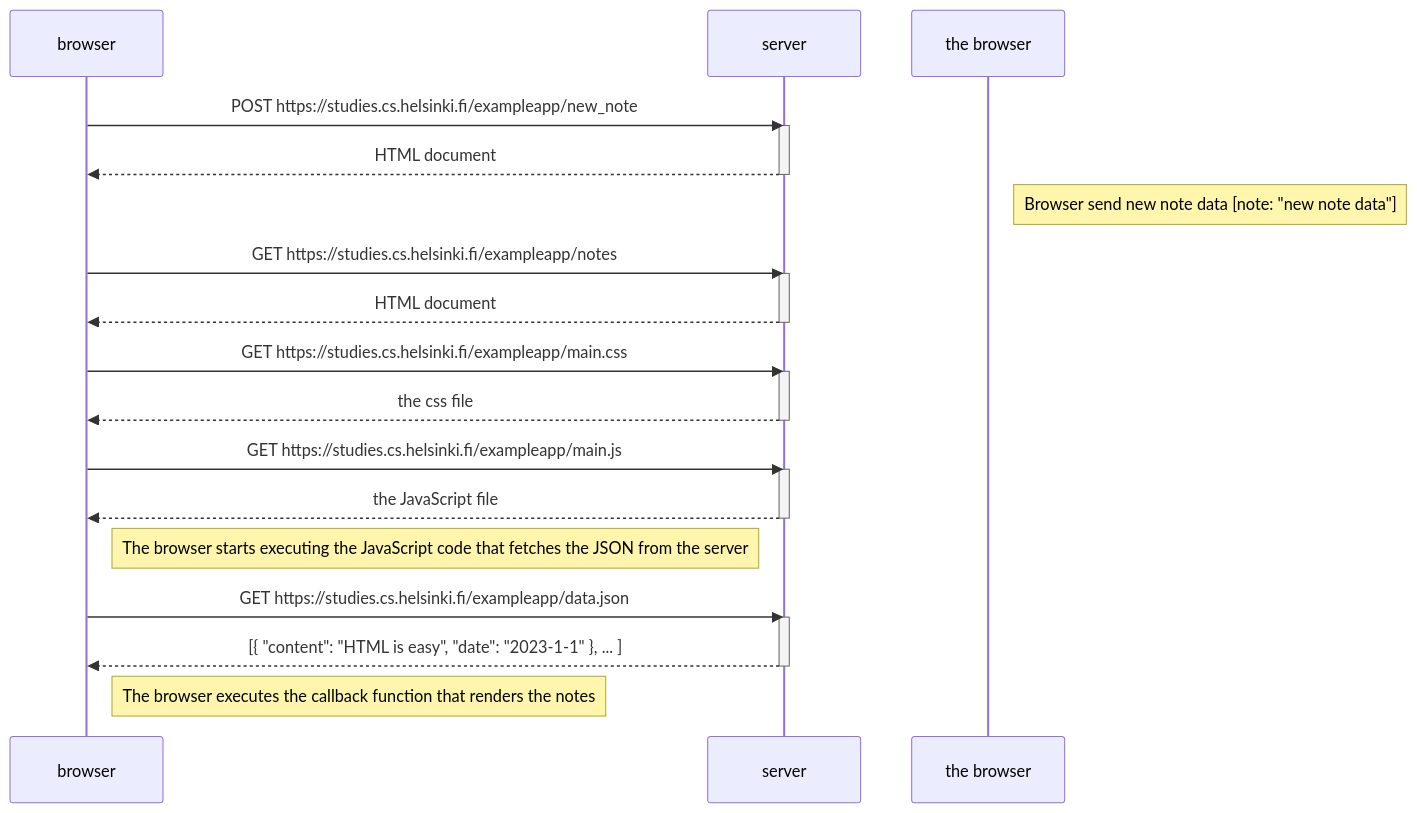
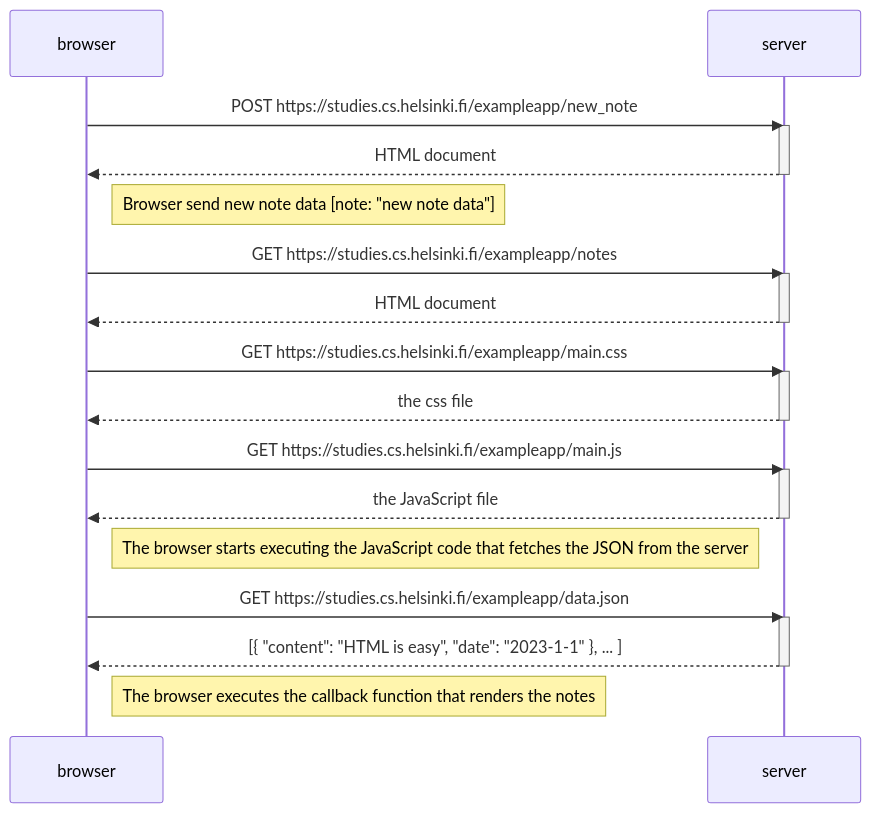
One commit to UmarakDestroyer/palautusrepositorio changed the diagram in README1.md. Above: the diagram before and after it, drawn with Mermaid.

````diff
--- a/README1.md
+++ b/README1.md
@@ -1,36 +1,36 @@
  ``` mermaid   
     sequenceDiagram
         participant browser
         participant server
         
         browser->>server: POST https://studies.cs.helsinki.fi/exampleapp/new_note
         activate server
         server-->>browser: HTML document
         deactivate server
 
-        Note right of the browser: Browser send new note data [note: "new note data"]
+        Note right of browser: Browser send new note data [note: "new note data"]
         
         browser->>server: GET https://studies.cs.helsinki.fi/exampleapp/notes
         activate server
         server-->>browser: HTML document
         deactivate server
         
         browser->>server: GET https://studies.cs.helsinki.fi/exampleapp/main.css
         activate server
         server-->>browser: the css file
         deactivate server
         
         browser->>server: GET https://studies.cs.helsinki.fi/exampleapp/main.js
         activate server
         server-->>browser: the JavaScript file
         deactivate server
         
         Note right of browser: The browser starts executing the JavaScript code that fetches the JSON from the server
         
         browser->>server: GET https://studies.cs.helsinki.fi/exampleapp/data.json
         activate server
         server-->>browser: [{ "content": "HTML is easy", "date": "2023-1-1" }, ... ]
         deactivate server    
 
         Note right of browser: The browser executes the callback function that renders the notes 
 ```
````
